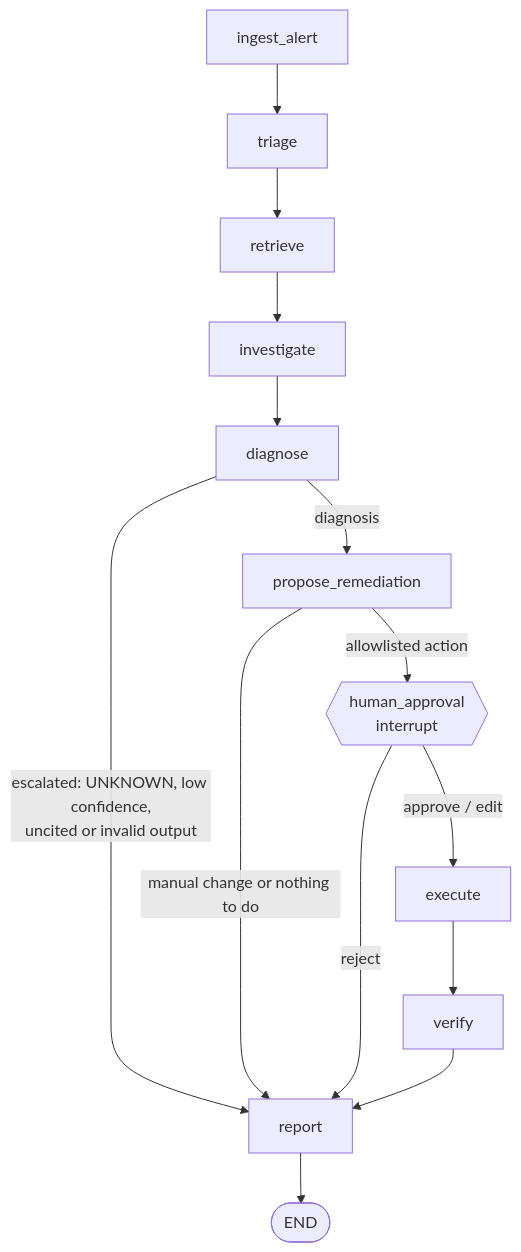
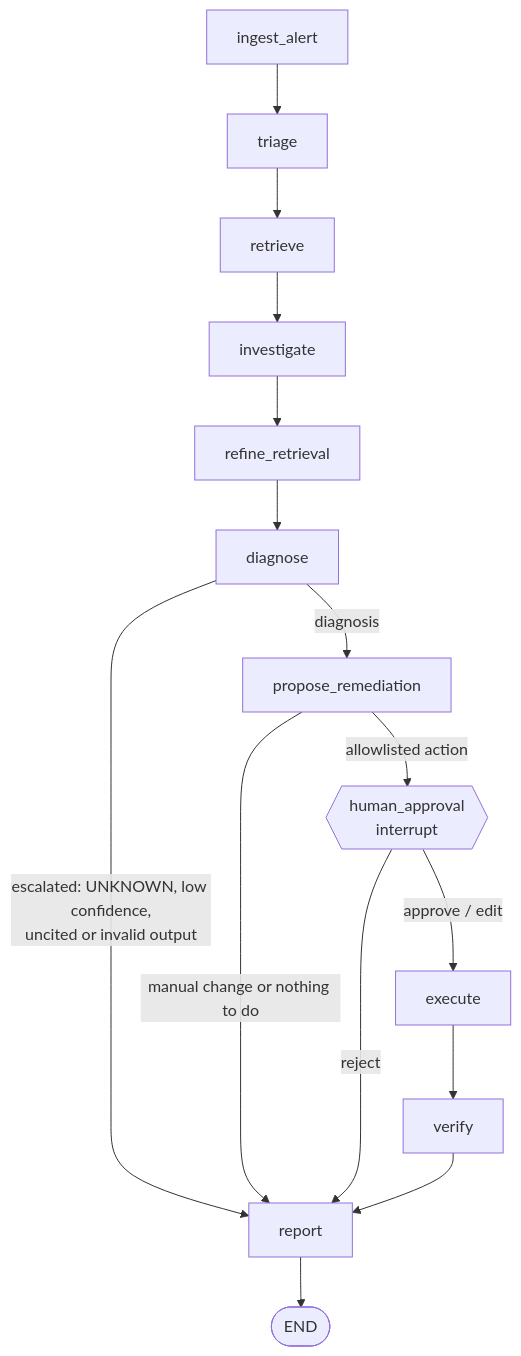
One commit to singha105/opspilot changed the diagram in docs/agent.md. Above: the diagram before and after it, drawn with Mermaid. The commit also changed other lines of this file and 4 other files, not shown here.

````diff
--- a/docs/agent.md
+++ b/docs/agent.md
@@ -19,16 +19,17 @@
 ```mermaid
 flowchart TD
     A[ingest_alert] --> B[triage]
     B --> C[retrieve]
     C --> D[investigate]
-    D --> E[diagnose]
+    D --> D2[refine_retrieval]
+    D2 --> E[diagnose]
     E -->|escalated: UNKNOWN, low confidence,<br/>uncited or invalid output| R[report]
     E -->|diagnosis| F[propose_remediation]
     F -->|manual change or nothing to do| R
     F -->|allowlisted action| G{{human_approval<br/>interrupt}}
     G -->|reject| R
     G -->|approve / edit| H[execute]
     H --> V[verify]
     V --> R
     R --> Z([END])
 ```
````
